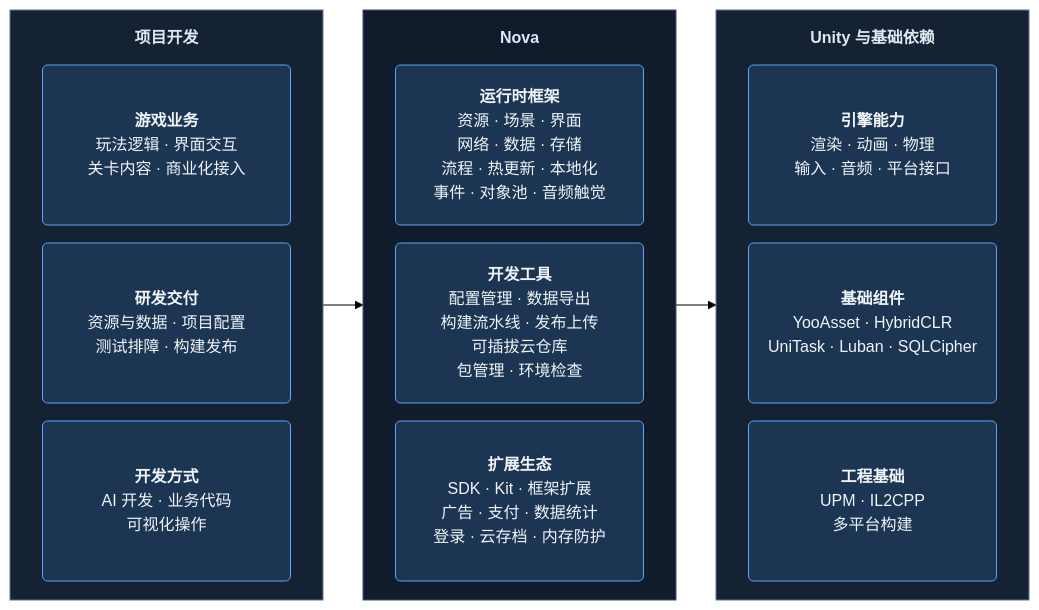
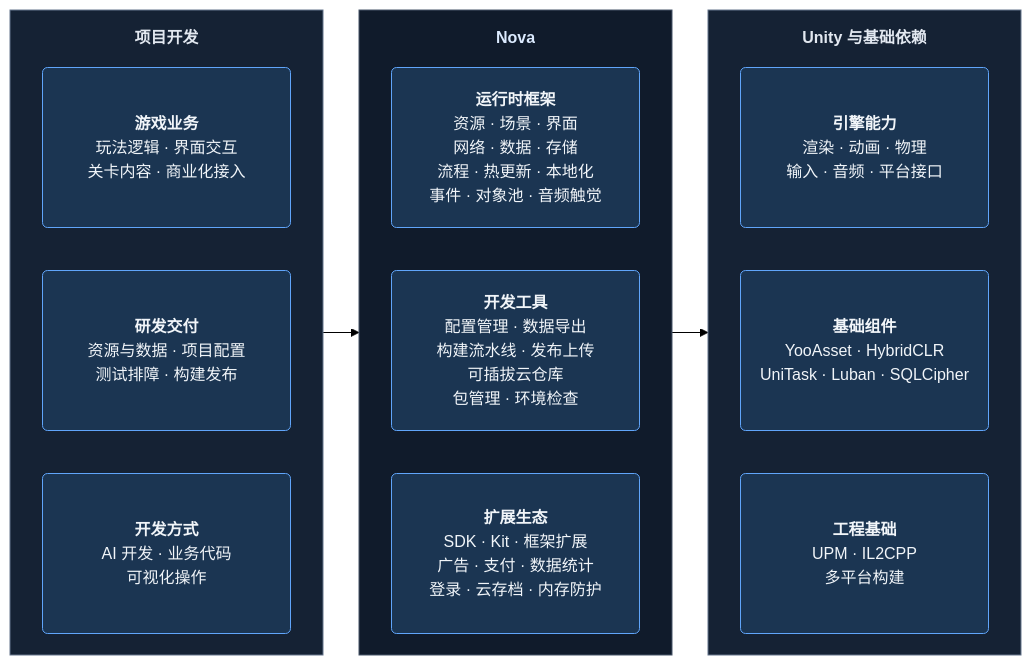
Before and after one commit to solotopiax/nova: the diagram in README.md, drawn with Mermaid (forest theme).

Commit message:
docs: fix README architecture layout on GitHub

````diff
--- a/README.md
+++ b/README.md
@@ -53,32 +53,36 @@
 ```mermaid
-%%{init: {"flowchart": {"nodeSpacing": 18, "rankSpacing": 40, "padding": 0, "subGraphTitleMargin": {"top": 16, "bottom": 20}, "curve": "linear"}}}%%
+%%{init: {"flowchart": {"nodeSpacing": 45, "rankSpacing": 18, "padding": 0, "subGraphTitleMargin": {"top": 16, "bottom": 20}, "curve": "linear"}}}%%
 flowchart LR
+    %% 不可见连线固定栏内纵向顺序，避免不同渲染器自动改排。
     subgraph Project["<b>项目开发</b>"]
-        direction LR
+        direction TB
         Business("<div style='width:232px;height:144px;display:flex;align-items:center;justify-content:center'><span><b>游戏业务</b><br/>玩法逻辑 · 界面交互<br/>关卡内容 · 商业化接入</span></div>")
         Delivery("<div style='width:232px;height:144px;display:flex;align-items:center;justify-content:center'><span><b>研发交付</b><br/>资源与数据 · 项目配置<br/>测试排障 · 构建发布</span></div>")
         Methods("<div style='width:232px;height:144px;display:flex;align-items:center;justify-content:center'><span><b>开发方式</b><br/>AI 开发 · 业务代码<br/>可视化操作</span></div>")
+        Business ~~~ Delivery ~~~ Methods
     end
 
     subgraph Suite["<b>Nova</b>"]
-        direction LR
+        direction TB
         Runtime("<div style='width:232px;height:144px;display:flex;align-items:center;justify-content:center'><span><b>运行时框架</b><br/>资源 · 场景 · 界面<br/>网络 · 数据 · 存储<br/>流程 · 热更新 · 本地化<br/>事件 · 对象池 · 音频触觉</span></div>")
         Tools("<div style='width:232px;height:144px;display:flex;align-items:center;justify-content:center'><span><b>开发工具</b><br/>配置管理 · 数据导出<br/>构建流水线 · 发布上传<br/>可插拔云仓库<br/>包管理 · 环境检查</span></div>")
         Extensions("<div style='width:232px;height:144px;display:flex;align-items:center;justify-content:center'><span><b>扩展生态</b><br/>SDK · Kit · 框架扩展<br/>广告 · 支付 · 数据统计<br/>登录 · 云存档 · 内存防护</span></div>")
+        Runtime ~~~ Tools ~~~ Extensions
     end
 
     subgraph Foundation["<b>Unity 与基础依赖</b>"]
-        direction LR
+        direction TB
         Engine("<div style='width:232px;height:144px;display:flex;align-items:center;justify-content:center'><span><b>引擎能力</b><br/>渲染 · 动画 · 物理<br/>输入 · 音频 · 平台接口</span></div>")
         Libraries("<div style='width:232px;height:144px;display:flex;align-items:center;justify-content:center'><span><b>基础组件</b><br/>YooAsset · HybridCLR<br/>UniTask · Luban · SQLCipher</span></div>")
         Engineering("<div style='width:232px;height:144px;display:flex;align-items:center;justify-content:center'><span><b>工程基础</b><br/>UPM · IL2CPP<br/>多平台构建</span></div>")
+        Engine ~~~ Libraries ~~~ Engineering
     end
 
-    Project --> Suite --> Foundation
+    Project ---> Suite ---> Foundation
 
     classDef capability fill:#1b3552,stroke:#60a5fa,color:#f1f5f9
     class Business,Delivery,Methods,Runtime,Tools,Extensions,Engine,Libraries,Engineering capability
     style Project fill:#152234,stroke:#64748b,color:#e2e8f0
     style Suite fill:#101b2b,stroke:#475569,color:#dbeafe
     style Foundation fill:#152234,stroke:#64748b,color:#e2e8f0
 ```
````
